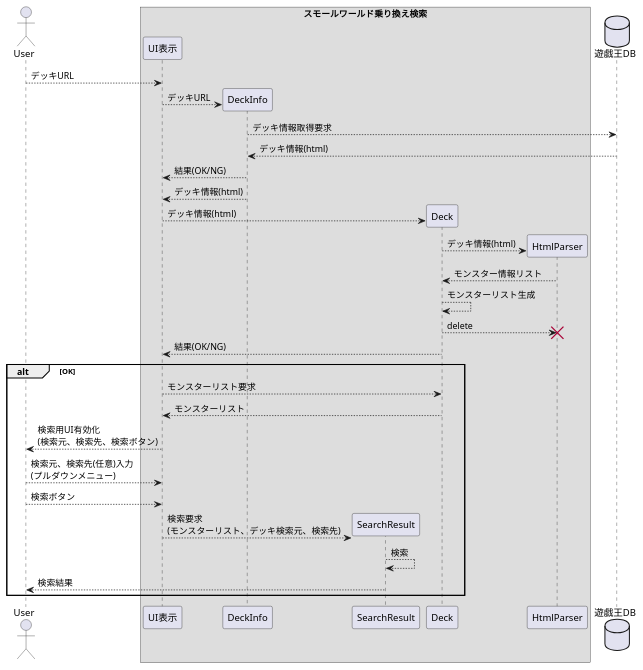
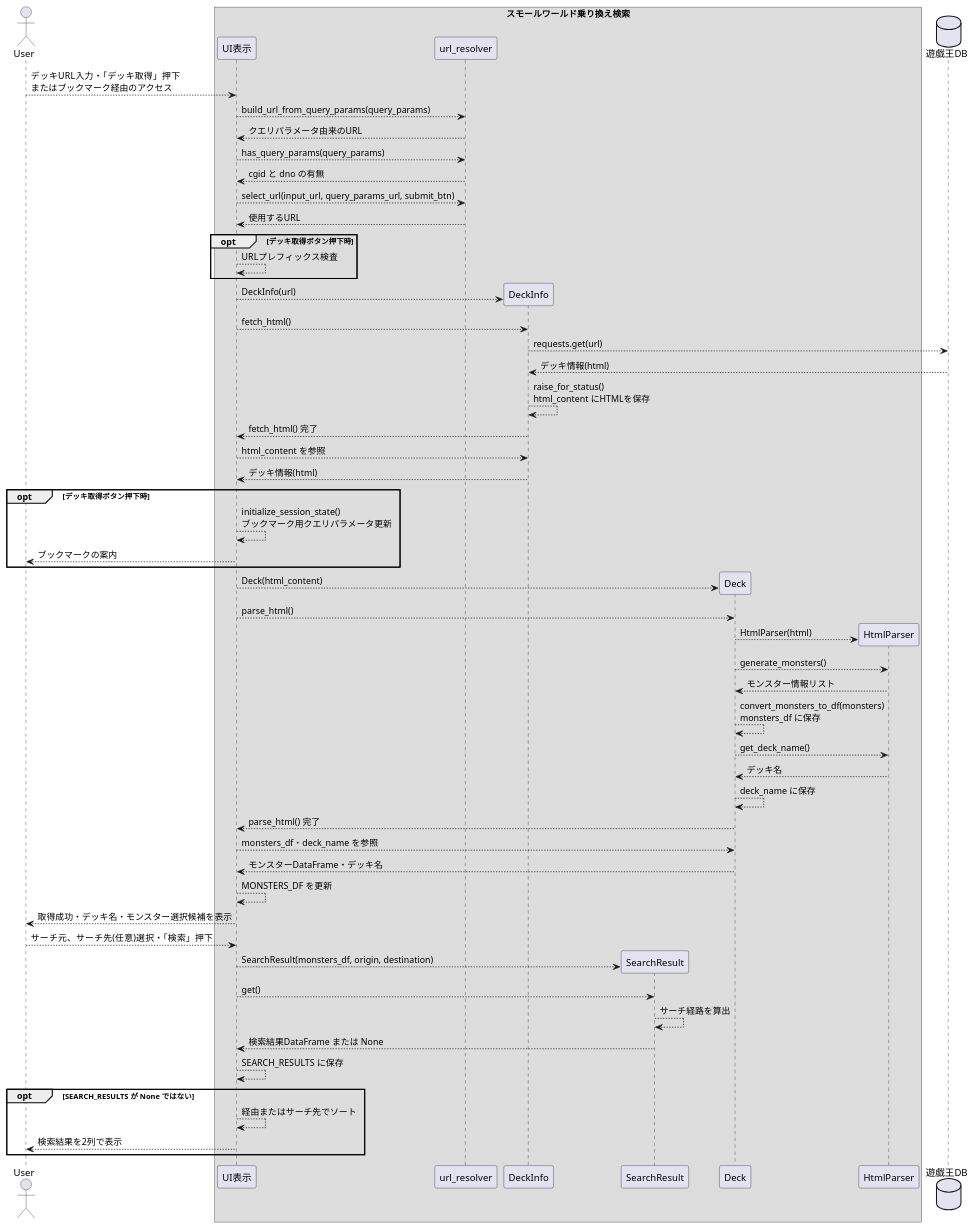
Before and after one commit to ikishichi/ygo-small-world-transit: the fourth of 6 diagrams in docs/ygo-small-world-transit.md, drawn with PlantUML. The commit also changed other lines of this file and 2 other files, not shown here.

````diff
--- a/docs/ygo-small-world-transit.md
+++ b/docs/ygo-small-world-transit.md
@@ -70,42 +82,66 @@
 ```plantuml
 @startuml
 actor User as user
 box "スモールワールド乗り換え検索"
 participant "UI表示" as ui
+participant "url_resolver" as ur
 participant "DeckInfo" as di
 participant "SearchResult" as sr
 participant "Deck" as dc
 participant "HtmlParser" as hp
 end box
 database 遊戯王DB as db
 
-user --> ui : デッキURL
+user --> ui : デッキURL入力・「デッキ取得」押下\nまたはブックマーク経由のアクセス
+ui --> ur : build_url_from_query_params(query_params)
+ur --> ui : クエリパラメータ由来のURL
+ui --> ur : has_query_params(query_params)
+ur --> ui : cgid と dno の有無
+ui --> ur : select_url(input_url, query_params_url, submit_btn)
+ur --> ui : 使用するURL
+opt デッキ取得ボタン押下時
+    ui --> ui : URLプレフィックス検査
+end
 create di
-ui --> di : デッキURL
-di --> db : デッキ情報取得要求
+ui --> di : DeckInfo(url)
+ui --> di : fetch_html()
+di --> db : requests.get(url)
 db --> di : デッキ情報(html)
-di --> ui : 結果(OK/NG)
+di --> di : raise_for_status()\nhtml_content にHTMLを保存
+di --> ui : fetch_html() 完了
+ui --> di : html_content を参照
 di --> ui : デッキ情報(html)
+opt デッキ取得ボタン押下時
+    ui --> ui : initialize_session_state()\nブックマーク用クエリパラメータ更新
+    ui --> user : ブックマークの案内
+end
 create dc
-ui --> dc : デッキ情報(html)
+ui --> dc : Deck(html_content)
+ui --> dc : parse_html()
 create hp
-dc --> hp : デッキ情報(html)
+dc --> hp : HtmlParser(html)
+dc --> hp : generate_monsters()
 hp --> dc : モンスター情報リスト
-dc --> dc : モンスターリスト生成
-dc --> hp : delete
-destroy hp
-dc --> ui : 結果(OK/NG)
-alt OK
-    ui --> dc : モンスターリスト要求
-    dc --> ui : モンスターリスト
-    ui --> user : 検索用UI有効化\n(検索元、検索先、検索ボタン)
-    user --> ui : 検索元、検索先(任意)入力\n(プルダウンメニュー)
-    user --> ui : 検索ボタン
-    create sr
-    ui --> sr : 検索要求\n(モンスターリスト、デッキ検索元、検索先)
-    sr --> sr : 検索
-    sr --> user : 検索結果
+dc --> dc : convert_monsters_to_df(monsters)\nmonsters_df に保存
+dc --> hp : get_deck_name()
+hp --> dc : デッキ名
+dc --> dc : deck_name に保存
+dc --> ui : parse_html() 完了
+ui --> dc : monsters_df・deck_name を参照
+dc --> ui : モンスターDataFrame・デッキ名
+ui --> ui : MONSTERS_DF を更新
+ui --> user : 取得成功・デッキ名・モンスター選択候補を表示
+user --> ui : サーチ元、サーチ先(任意)選択・「検索」押下
+create sr
+ui --> sr : SearchResult(monsters_df, origin, destination)
+ui --> sr : get()
+sr --> sr : サーチ経路を算出
+sr --> ui : 検索結果DataFrame または None
+ui --> ui : SEARCH_RESULTS に保存
+opt SEARCH_RESULTS が None ではない
+    ui --> ui : 経由またはサーチ先でソート
+    ui --> user : 検索結果を2列で表示
 end
 
 @enduml
 ```
````
